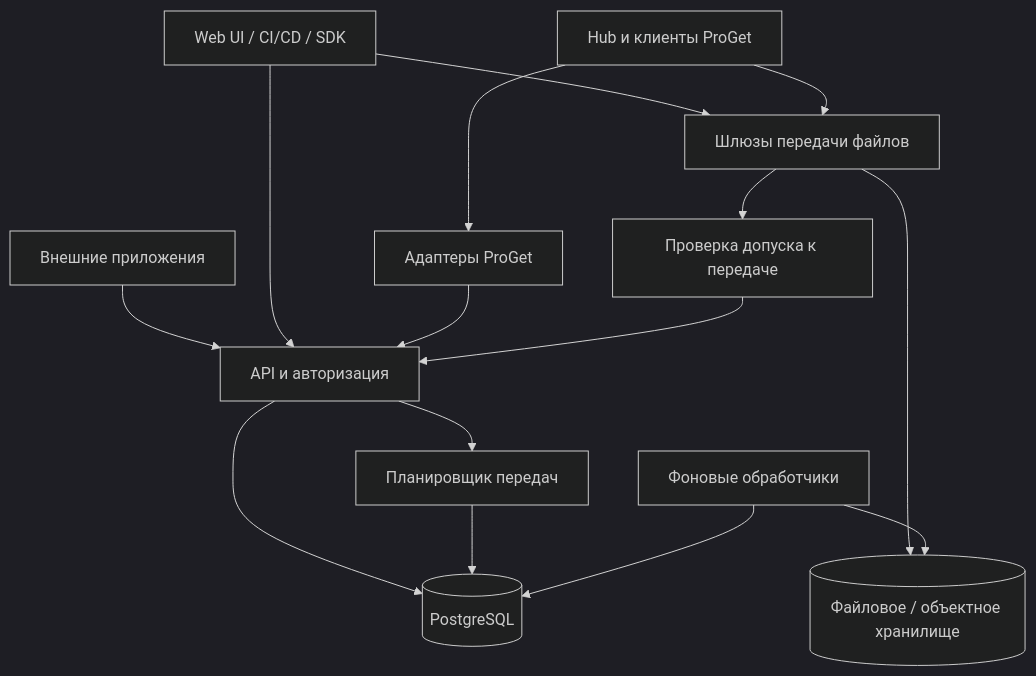
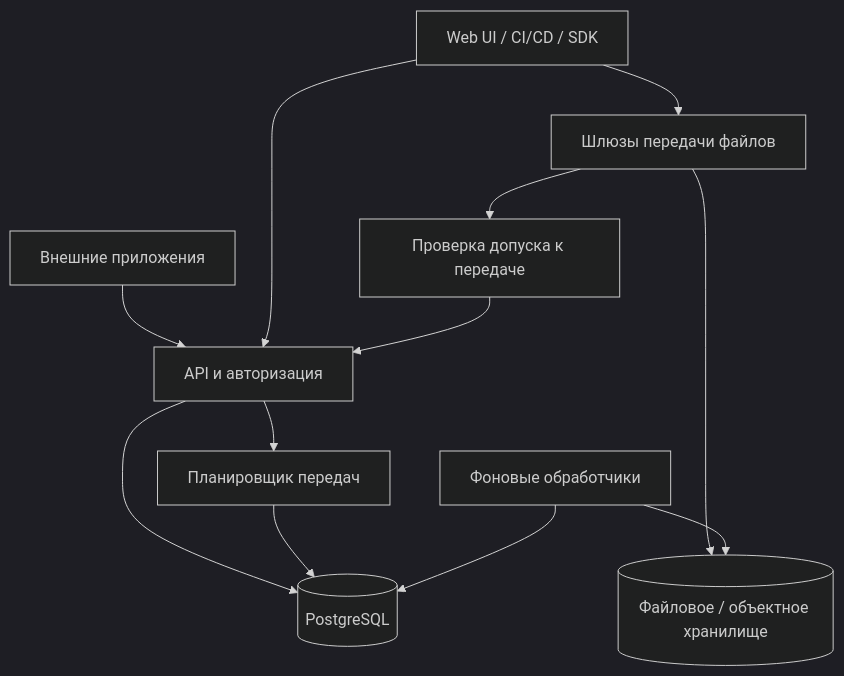
One commit to ProAnima/Arkvory changed the diagram in docs/PROJECT_PLAN.md. Above: the diagram before and after it, drawn with Mermaid (dark theme). The commit also changed other lines of this file and 95 other files, not shown here.

````diff
--- a/docs/PROJECT_PLAN.md
+++ b/docs/PROJECT_PLAN.md
@@ -34,17 +34,14 @@
 ```mermaid
 flowchart TD
     EXT[Внешние приложения] --> API[API и авторизация]
     UI[Web UI / CI/CD / SDK] --> API
-    OLD[Hub и клиенты ProGet] --> COMPAT[Адаптеры ProGet]
-    COMPAT --> API
     API --> DB[(PostgreSQL)]
     API --> SCHED[Планировщик передач]
     SCHED --> DB
     UI --> EDGE[Шлюзы передачи файлов]
-    OLD --> EDGE
     EDGE --> AUTH[Проверка допуска к передаче]
     AUTH --> API
     EDGE --> BLOBS[(Файловое / объектное хранилище)]
     WORK[Фоновые обработчики] --> DB
     WORK --> BLOBS
 ```
````
